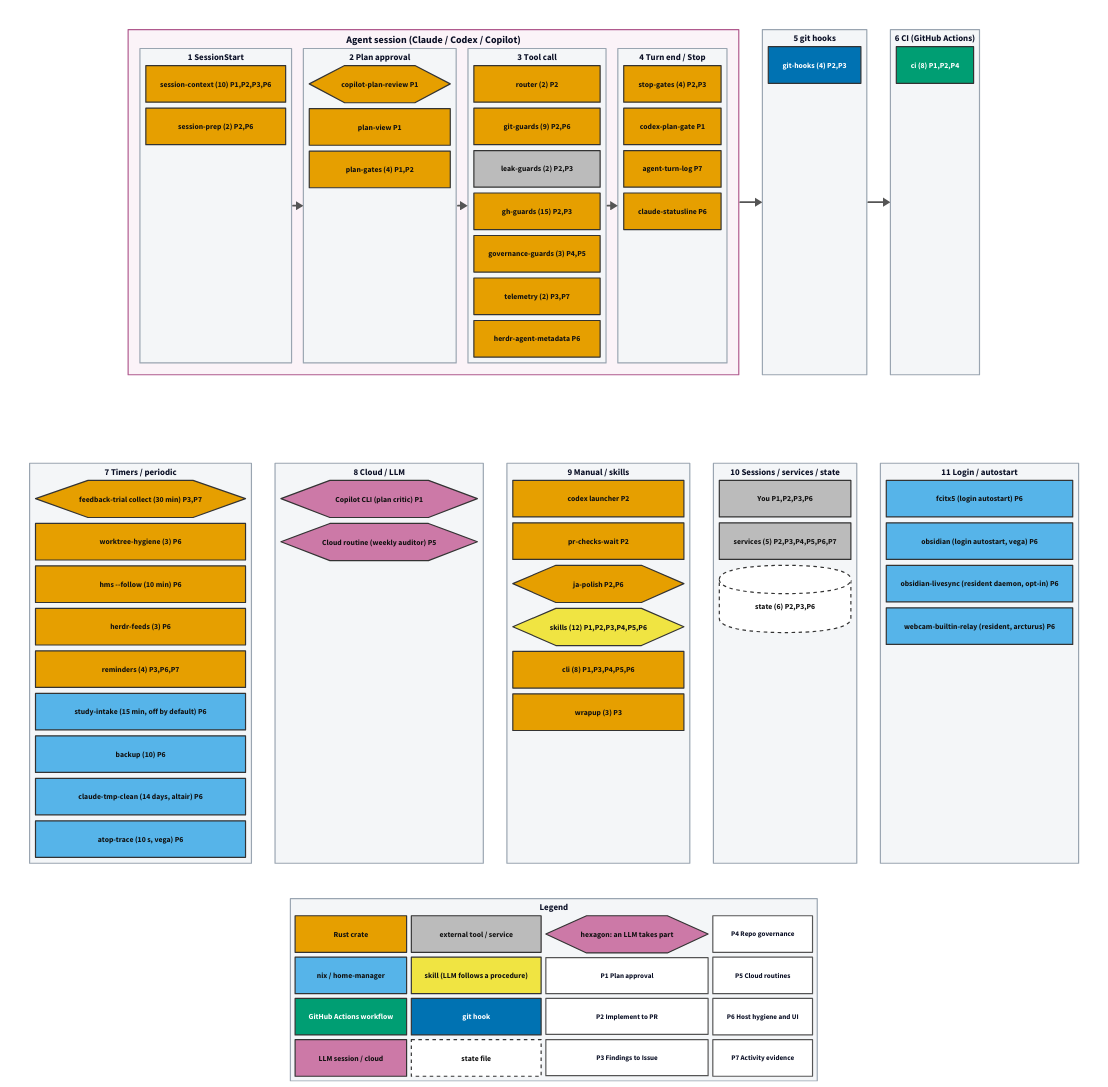
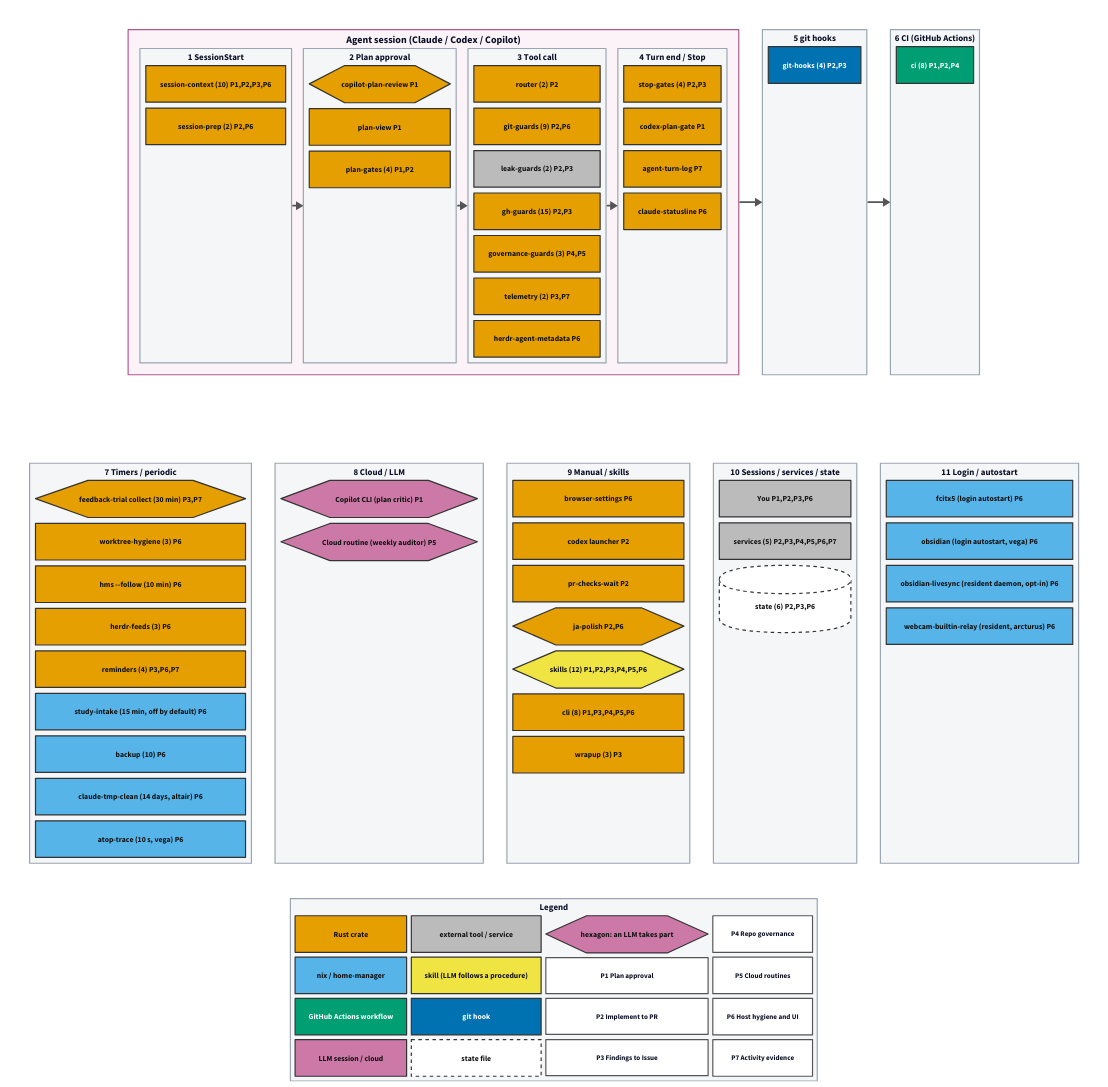
Before and after one commit to tarotene/dotfiles: the diagram in docs/assets/pipeline-map/overview.d2, drawn with D2. The commit also changed 18 other files, not shown here.

Commit message:
feat(browser-settings): 専用プロファイルの Chrome で、設定画面の 1 項目を読み取り・貼り付け・読み戻しする CLI(段14) (#1525)

```diff
--- a/docs/assets/pipeline-map/overview.d2
+++ b/docs/assets/pipeline-map/overview.d2
@@ -316,6 +316,9 @@
     class: lane
     grid-columns: 1
     grid-gap: 10
+    g_browser_settings: "browser-settings  P6" {
+      class: s_rust
+    }
     g_codex_launcher: "codex launcher  P2" {
       class: s_rust
     }
```
